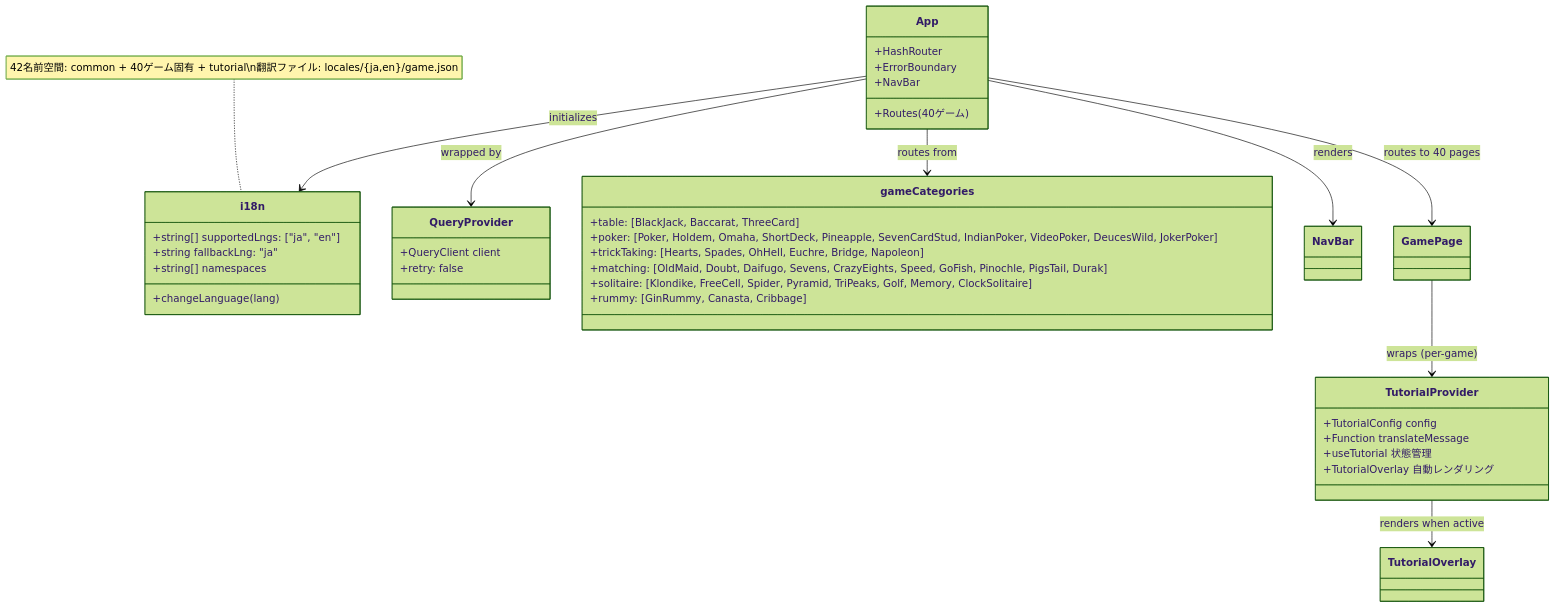
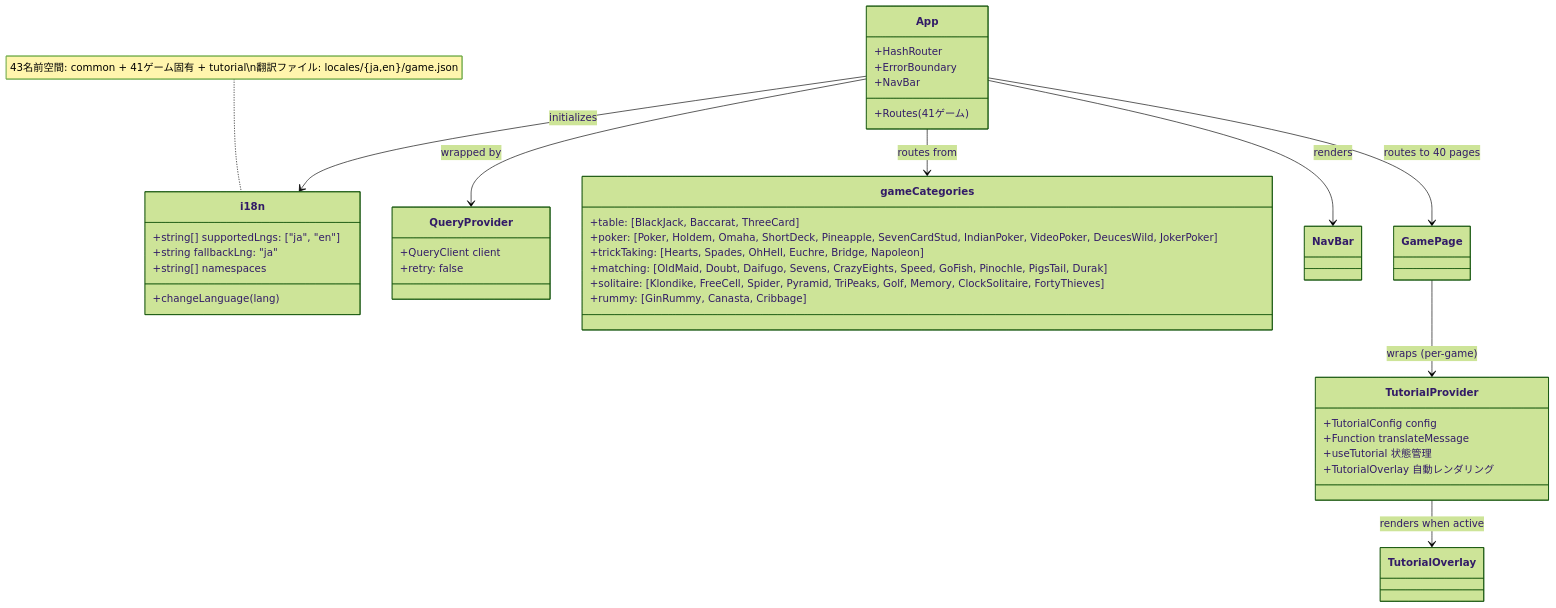
Before and after one commit to yuta-yoshinaga/go_trumpcards: the ninth of 33 diagrams in docs/design/frontend.md, drawn with Mermaid (forest theme). The commit also changed other lines of this file and 52 other files, not shown here.

First line of the commit message:
feat: add Forty Thieves solitaire game

````diff
--- a/docs/design/frontend.md
+++ b/docs/design/frontend.md
@@ -1516,47 +1563,47 @@
 ```mermaid
 classDiagram
     class i18n {
         +string[] supportedLngs: ["ja", "en"]
         +string fallbackLng: "ja"
         +string[] namespaces
         +changeLanguage(lang)
     }
 
     class QueryProvider {
         +QueryClient client
         +retry: false
     }
 
     class App {
         +HashRouter
         +ErrorBoundary
         +NavBar
-        +Routes (40ゲーム)
+        +Routes (41ゲーム)
     }
 
     class gameCategories {
         +table: [BlackJack, Baccarat, ThreeCard]
         +poker: [Poker, Holdem, Omaha, ShortDeck, Pineapple, SevenCardStud, IndianPoker, VideoPoker, DeucesWild, JokerPoker]
         +trickTaking: [Hearts, Spades, OhHell, Euchre, Bridge, Napoleon]
         +matching: [OldMaid, Doubt, Daifugo, Sevens, CrazyEights, Speed, GoFish, Pinochle, PigsTail, Durak]
-        +solitaire: [Klondike, FreeCell, Spider, Pyramid, TriPeaks, Golf, Memory, ClockSolitaire]
+        +solitaire: [Klondike, FreeCell, Spider, Pyramid, TriPeaks, Golf, Memory, ClockSolitaire, FortyThieves]
         +rummy: [GinRummy, Canasta, Cribbage]
     }
 
     class TutorialProvider {
         +TutorialConfig config
         +Function translateMessage
         +useTutorial 状態管理
         +TutorialOverlay 自動レンダリング
     }
 
     App --> QueryProvider : wrapped by
     App --> i18n : initializes
     App --> gameCategories : routes from
     App --> NavBar : renders
     App --> GamePage : routes to 40 pages
     GamePage --> TutorialProvider : wraps (per-game)
     TutorialProvider --> TutorialOverlay : renders when active
 
-    note for i18n "42名前空間: common + 40ゲーム固有 + tutorial\n翻訳ファイル: locales/{ja,en}/game.json"
+    note for i18n "43名前空間: common + 41ゲーム固有 + tutorial\n翻訳ファイル: locales/{ja,en}/game.json"
 ```
````
